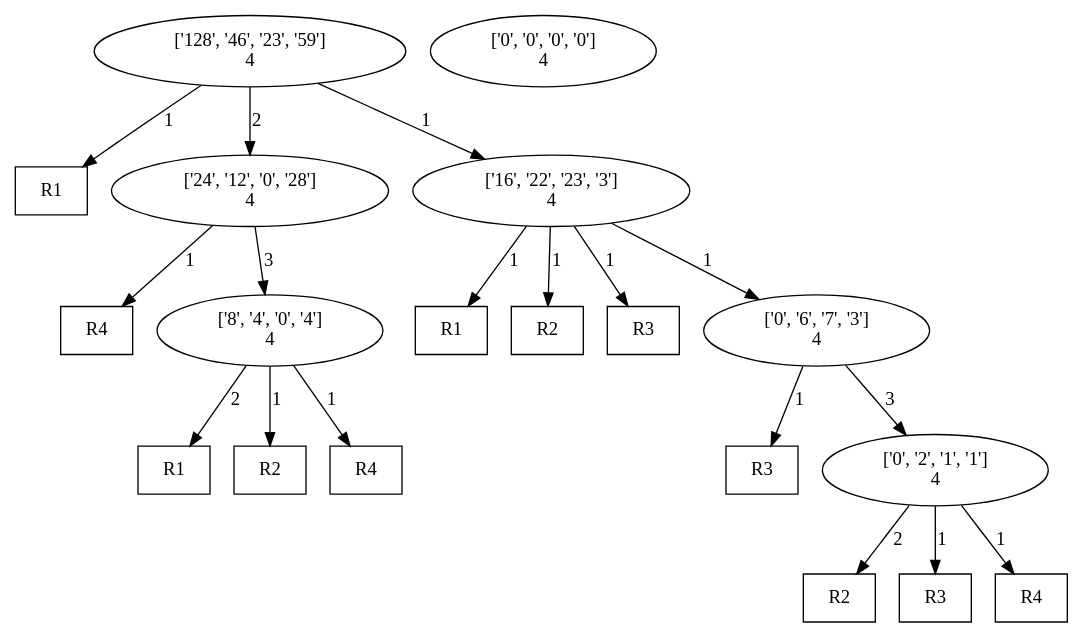
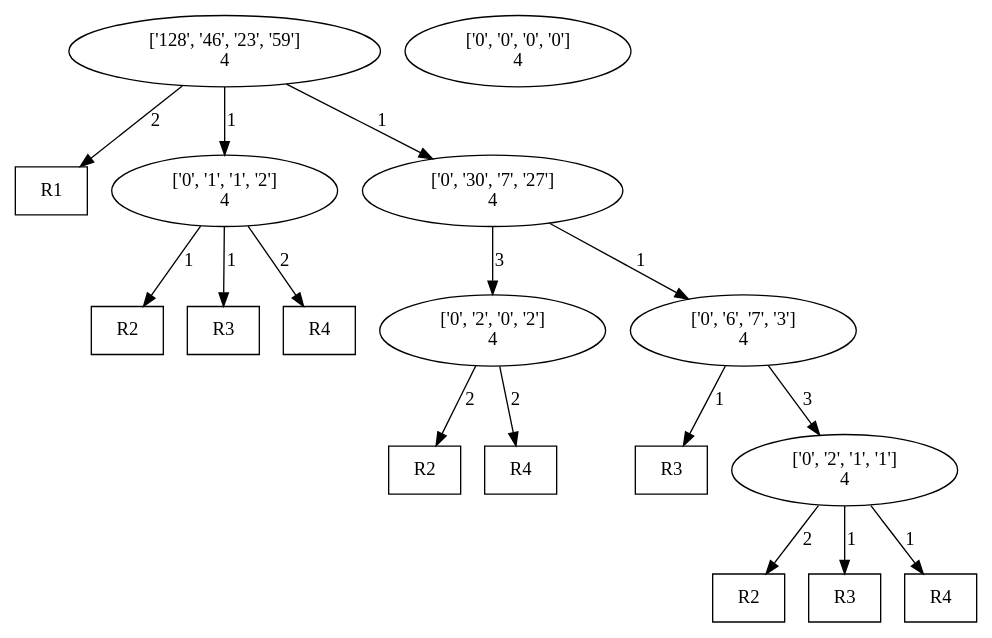
Before and after one commit to AbhikKhan/FloSPA_HDA_LAFCA: the diagram in skeletonTreeAfterAnnotation.dot, drawn with Graphviz. The commit also changed 13 other files, not shown here.

```diff
--- a/skeletonTreeAfterAnnotation.dot
+++ b/skeletonTreeAfterAnnotation.dot
@@ -1,27 +1,25 @@
 digraph "DD" { 
 graph [ ordering = "out"];
 1 [label = "['128', '46', '23', '59']\n4"];
 5000 [shape="box",label = "R1"];
-1 -> 5000[label =1];2 [label = "['24', '12', '0', '28']\n4"];
-5001 [shape="box",label = "R4"];
-2 -> 5001[label =1];3 [label = "['16', '22', '23', '3']\n4"];
-5002 [shape="box",label = "R1"];
-3 -> 5002[label =1];5003 [shape="box",label = "R2"];
-3 -> 5003[label =1];5004 [shape="box",label = "R3"];
-3 -> 5004[label =1];4 [label = "['8', '4', '0', '4']\n4"];
-5005 [shape="box",label = "R1"];
-4 -> 5005[label =2];5006 [shape="box",label = "R2"];
-4 -> 5006[label =1];5007 [shape="box",label = "R4"];
-4 -> 5007[label =1];5 [label = "['0', '6', '7', '3']\n4"];
-5008 [shape="box",label = "R3"];
-5 -> 5008[label =1];6 [label = "['0', '0', '0', '0']\n4"];
-7 [label = "['0', '2', '1', '1']\n4"];
-5009 [shape="box",label = "R2"];
-7 -> 5009[label =2];5010 [shape="box",label = "R3"];
-7 -> 5010[label =1];5011 [shape="box",label = "R4"];
-7 -> 5011[label =1];1 -> 2[label = 2];
+1 -> 5000[label =2];2 [label = "['0', '1', '1', '2']\n4"];
+5001 [shape="box",label = "R2"];
+2 -> 5001[label =1];5002 [shape="box",label = "R3"];
+2 -> 5002[label =1];5003 [shape="box",label = "R4"];
+2 -> 5003[label =2];3 [label = "['0', '30', '7', '27']\n4"];
+4 [label = "['0', '2', '0', '2']\n4"];
+5004 [shape="box",label = "R2"];
+4 -> 5004[label =2];5005 [shape="box",label = "R4"];
+4 -> 5005[label =2];5 [label = "['0', '6', '7', '3']\n4"];
+5006 [shape="box",label = "R3"];
+5 -> 5006[label =1];6 [label = "['0', '2', '1', '1']\n4"];
+5007 [shape="box",label = "R2"];
+6 -> 5007[label =2];5008 [shape="box",label = "R3"];
+6 -> 5008[label =1];5009 [shape="box",label = "R4"];
+6 -> 5009[label =1];7 [label = "['0', '0', '0', '0']\n4"];
+1 -> 2[label = 1];
 1 -> 3[label = 1];
-2 -> 4[label = 3];
+3 -> 4[label = 3];
 3 -> 5[label = 1];
-5 -> 7[label = 3];
+5 -> 6[label = 3];
 }
```
